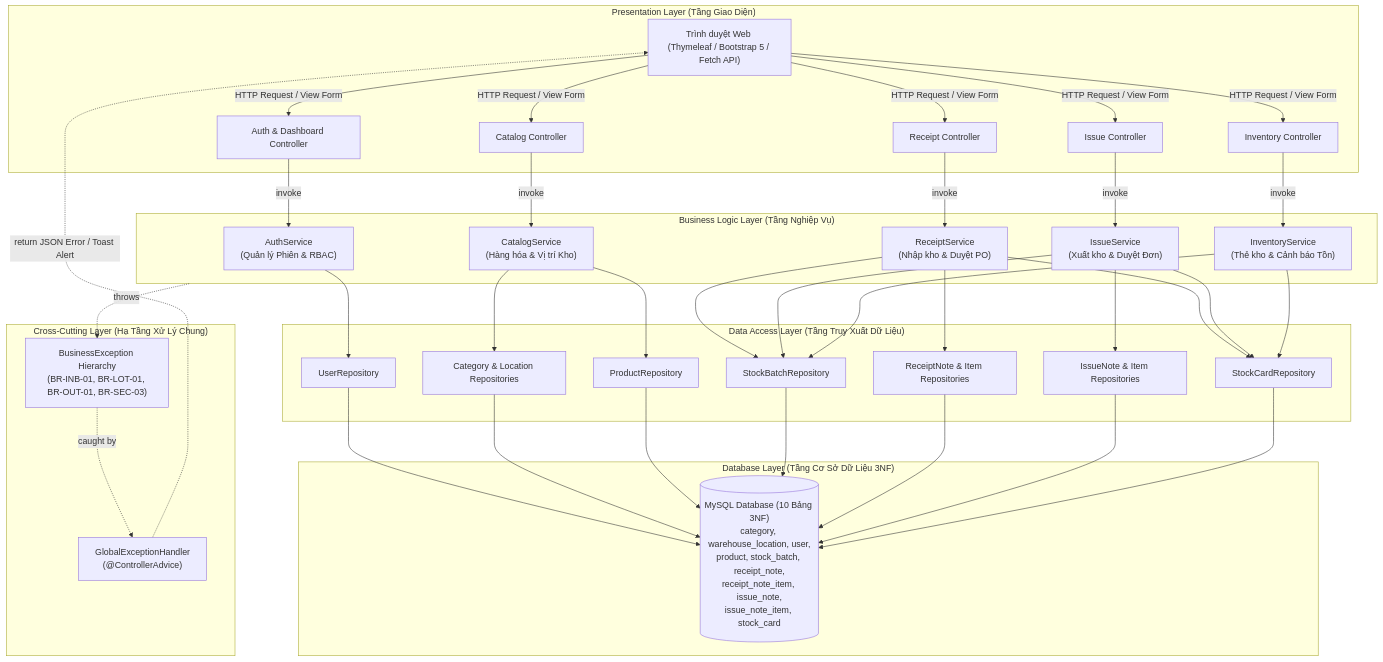
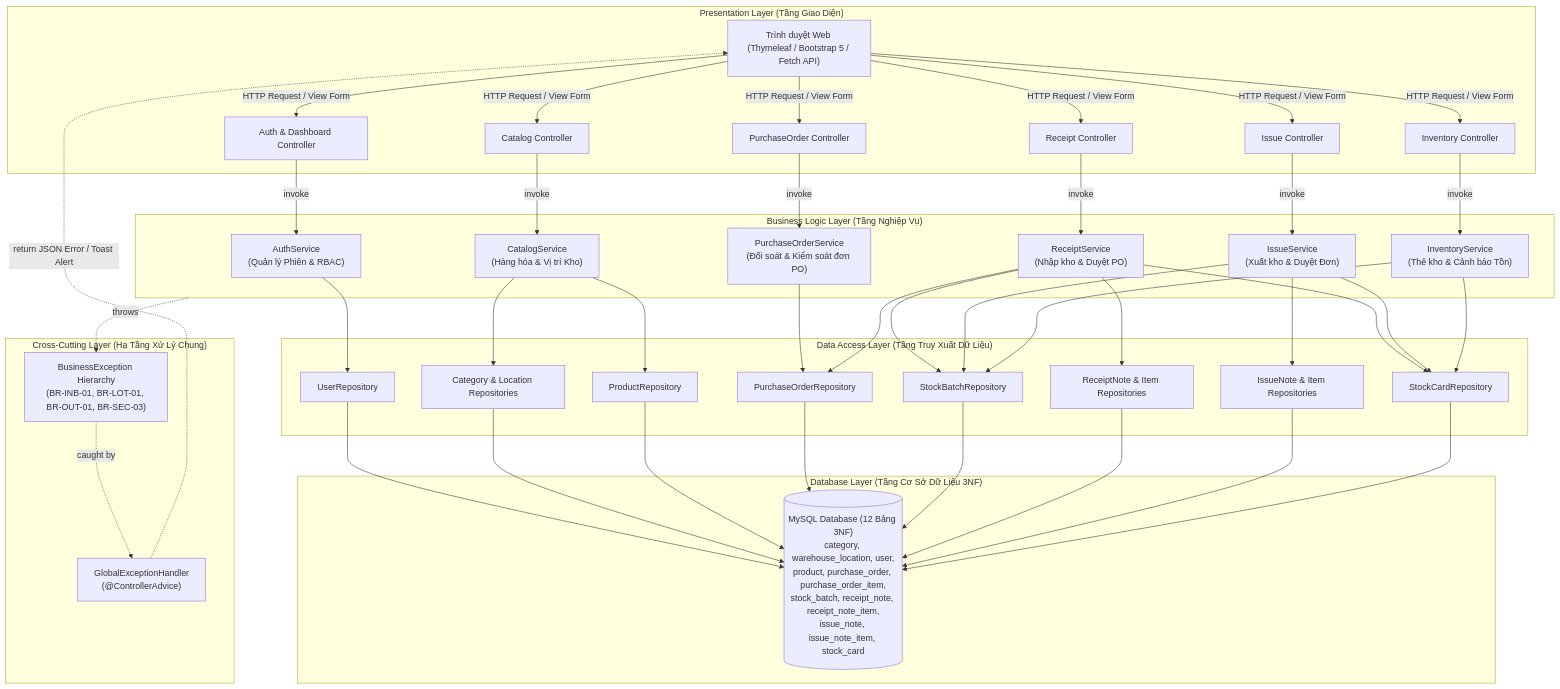
Before and after one commit to TheUn4given123jkbkjs/SmartWMS: the diagram in docs/03_database_design/component_design.md, drawn with Mermaid. The commit also changed other lines of this file and 23 other files, not shown here.

First line of the commit message:
feat(database-design): trien khai PurchaseOrder 12 bang 3NF, dong bo Class Diagram, ERD va Landing Page SmartWMS

```diff
--- a/docs/03_database_design/component_design.md
+++ b/docs/03_database_design/component_design.md
@@ -74,6 +74,7 @@
         UI_Browser["Trình duyệt Web (Thymeleaf / Bootstrap 5 / Fetch API)"]
         Ctrl_Auth["Auth & Dashboard Controller"]
         Ctrl_Cat["Catalog Controller"]
+        Ctrl_PO["PurchaseOrder Controller"]
         Ctrl_Rec["Receipt Controller"]
         Ctrl_Iss["Issue Controller"]
         Ctrl_Inv["Inventory Controller"]
@@ -82,6 +83,7 @@
     subgraph Service_Layer ["Business Logic Layer (Tầng Nghiệp Vụ)"]
         Svc_Auth["AuthService\n(Quản lý Phiên & RBAC)"]
         Svc_Cat["CatalogService\n(Hàng hóa & Vị trí Kho)"]
+        Svc_PO["PurchaseOrderService\n(Đối soát & Kiểm soát đơn PO)"]
         Svc_Rec["ReceiptService\n(Nhập kho & Duyệt PO)"]
         Svc_Iss["IssueService\n(Xuất kho & Duyệt Đơn)"]
         Svc_Inv["InventoryService\n(Thẻ kho & Cảnh báo Tồn)"]
@@ -91,6 +93,7 @@
         Repo_User["UserRepository"]
         Repo_CatLoc["Category & Location Repositories"]
         Repo_Prod["ProductRepository"]
+        Repo_PO["PurchaseOrderRepository"]
         Repo_Batch["StockBatchRepository"]
         Repo_Receipt["ReceiptNote & Item Repositories"]
         Repo_Issue["IssueNote & Item Repositories"]
@@ -98,7 +101,7 @@
     end
 
     subgraph DB_Layer ["Database Layer (Tầng Cơ Sở Dữ Liệu 3NF)"]
-        DB_Storage[("MySQL Database (10 Bảng 3NF)\ncategory, warehouse_location, user,\nproduct, stock_batch, receipt_note,\nreceipt_note_item, issue_note,\nissue_note_item, stock_card")]
+        DB_Storage[("MySQL Database (12 Bảng 3NF)\ncategory, warehouse_location, user,\nproduct, purchase_order, purchase_order_item,\nstock_batch, receipt_note, receipt_note_item,\nissue_note, issue_note_item, stock_card")]
     end
 
     subgraph Cross_Cutting ["Cross-Cutting Layer (Hạ Tầng Xử Lý Chung)"]
@@ -109,12 +112,14 @@
     %% Tương tác Presentation -> Business Logic
     UI_Browser -->|HTTP Request / View Form| Ctrl_Auth
     UI_Browser -->|HTTP Request / View Form| Ctrl_Cat
+    UI_Browser -->|HTTP Request / View Form| Ctrl_PO
     UI_Browser -->|HTTP Request / View Form| Ctrl_Rec
     UI_Browser -->|HTTP Request / View Form| Ctrl_Iss
     UI_Browser -->|HTTP Request / View Form| Ctrl_Inv
 
     Ctrl_Auth -->|invoke| Svc_Auth
     Ctrl_Cat -->|invoke| Svc_Cat
+    Ctrl_PO -->|invoke| Svc_PO
     Ctrl_Rec -->|invoke| Svc_Rec
     Ctrl_Iss -->|invoke| Svc_Iss
     Ctrl_Inv -->|invoke| Svc_Inv
@@ -123,6 +128,8 @@
     Svc_Auth --> Repo_User
     Svc_Cat --> Repo_CatLoc
     Svc_Cat --> Repo_Prod
+    Svc_PO --> Repo_PO
+    Svc_Rec --> Repo_PO
     Svc_Rec --> Repo_Receipt
     Svc_Rec --> Repo_Batch
     Svc_Rec --> Repo_Card
@@ -136,6 +143,7 @@
     Repo_User --> DB_Storage
     Repo_CatLoc --> DB_Storage
     Repo_Prod --> DB_Storage
+    Repo_PO --> DB_Storage
     Repo_Batch --> DB_Storage
     Repo_Receipt --> DB_Storage
     Repo_Issue --> DB_Storage
```
